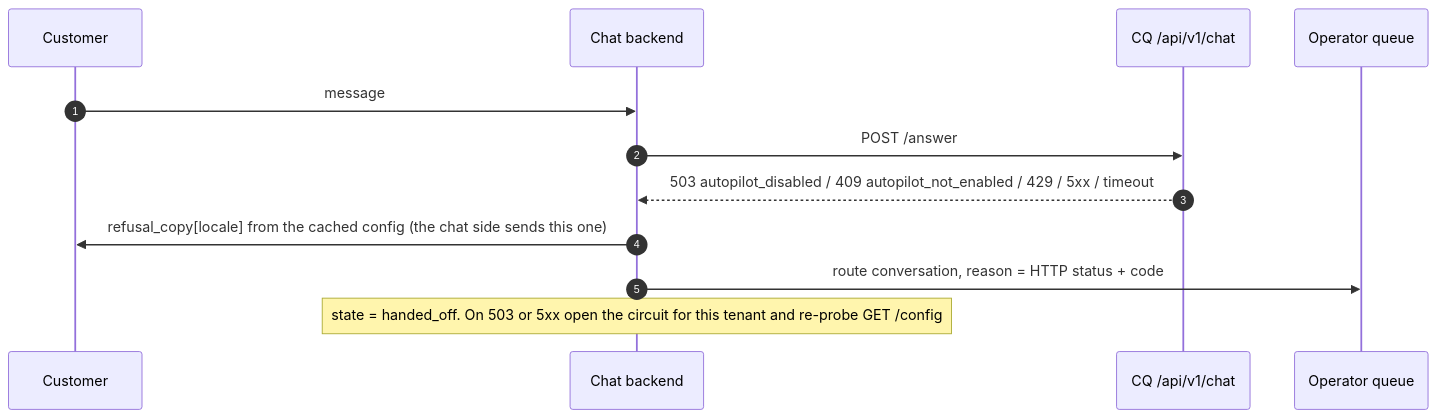
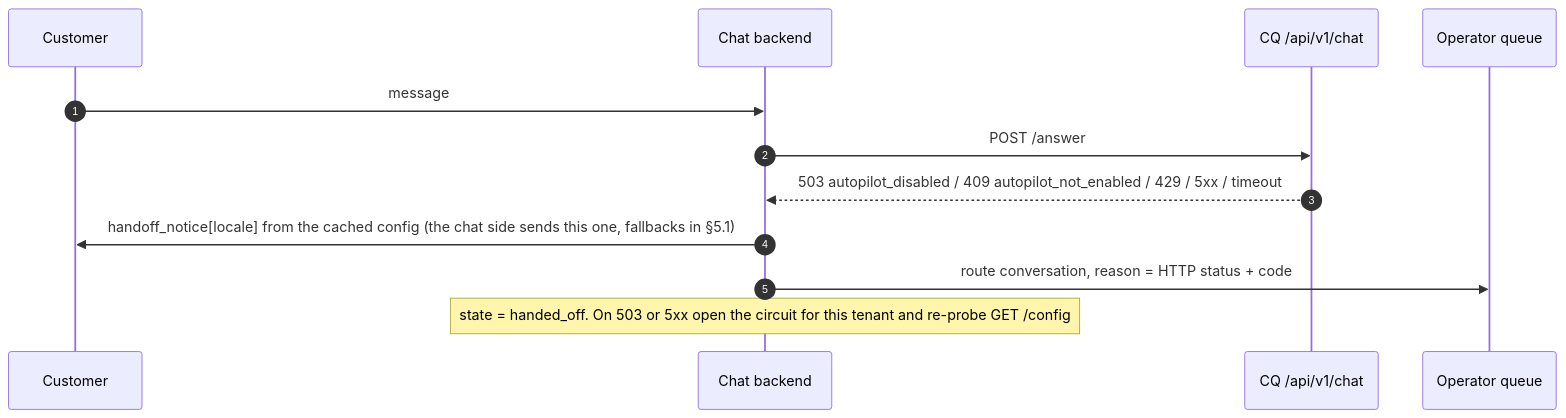
Before and after one commit to Nika-Gamkrelidze/cq-v3-ai: the second of 3 diagrams in docs/CHAT_INTEGRATION.md, drawn with Mermaid. The commit also changed other lines of this file and 25 other files, not shown here.

````diff
--- a/docs/CHAT_INTEGRATION.md
+++ b/docs/CHAT_INTEGRATION.md
@@ -87,14 +90,14 @@
 ```mermaid
 sequenceDiagram
   autonumber
   participant C as Customer
   participant CB as Chat backend
   participant CQ as CQ /api/v1/chat
   participant OP as Operator queue
   C->>CB: message
   CB->>CQ: POST /answer
   CQ-->>CB: 503 autopilot_disabled / 409 autopilot_not_enabled / 429 / 5xx / timeout
-  CB->>C: refusal_copy[locale] from the cached config (the chat side sends this one)
+  CB->>C: handoff_notice[locale] from the cached config (the chat side sends this one, fallbacks in §5.1)
   CB->>OP: route conversation, reason = HTTP status + code
   Note over CB: state = handed_off. On 503 or 5xx open the circuit for this tenant and re-probe GET /config
 ```
````
